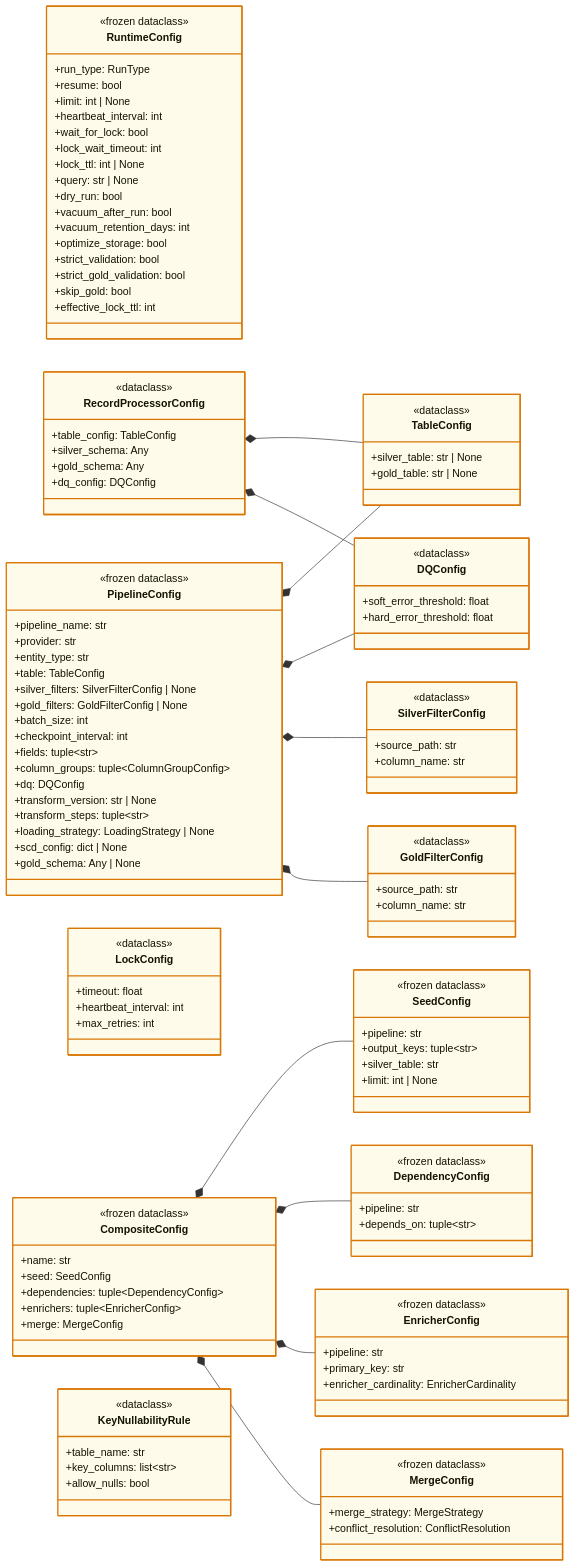
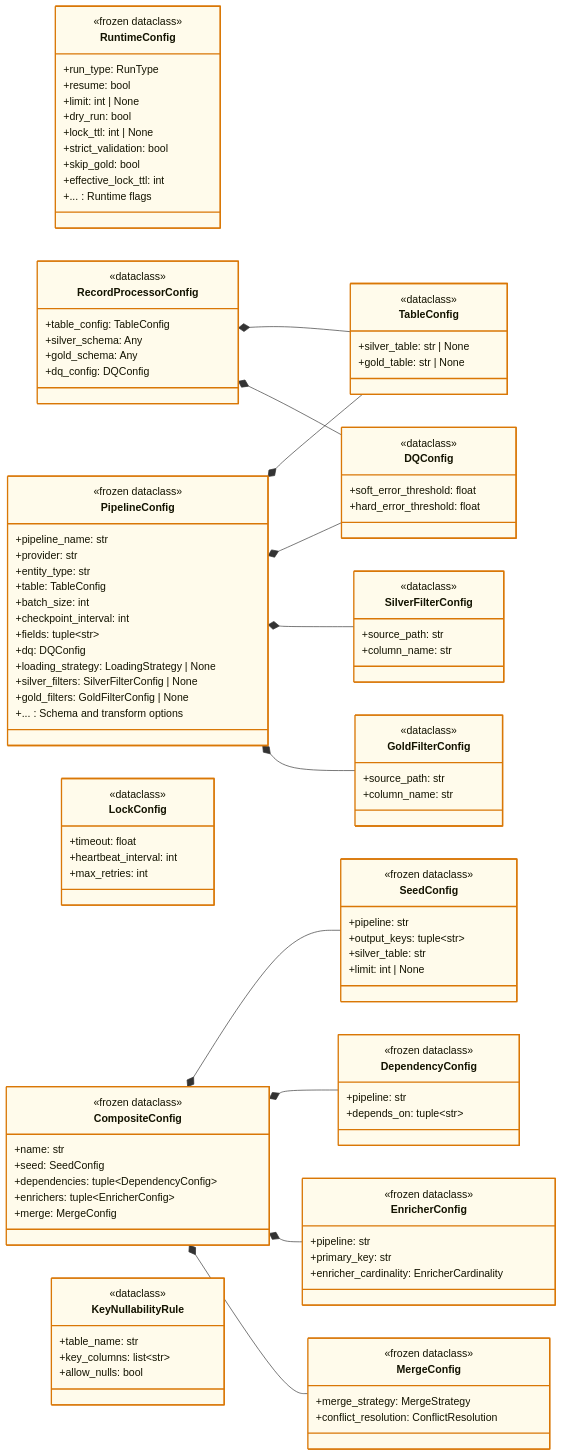
The diagram in docs/02-architecture/mmd-diagrams/class-diagrams/06-config-classes.mmd (SatoryKono/BioactivityDataAcquisition), drawn with Mermaid before and after one commit. The commit also changed 2 other files, not shown here.

```diff
--- a/docs/02-architecture/mmd-diagrams/class-diagrams/06-config-classes.mmd
+++ b/docs/02-architecture/mmd-diagrams/class-diagrams/06-config-classes.mmd
@@ -1,186 +1,175 @@
 %% BioETL — Class Diagram: Configuration Classes
 %% Domain and application configuration hierarchy.
 
 %% @version 1.1.0
 %% @date    2026-02-26
 %% @type    classDiagram
 %% @level   Class / Interface
 %% @uniform-group core      nodes=RuntimeConfig,PipelineConfig
 %% @uniform-group composite nodes=CompositeConfig,SeedConfig,DependencyConfig,EnricherConfig,MergeConfig
 %% @uniform-group support   nodes=RecordProcessorConfig,TableConfig,DQConfig,SilverFilterConfig,GoldFilterConfig,LockConfig,KeyNullabilityRule
 
 %% @uniform-width group
 %% @uniform class width=296 groups=3 width_strategy=group
 %% @uniform-stats core         width=296 height=344 max_desc_lines=17
 %% @uniform-stats composite    width=296 height=144 max_desc_lines=6
 %% @uniform-stats support      width=216 height=128 max_desc_lines=5
 classDiagram
     direction LR
     class RuntimeConfig {
         <<frozen dataclass>>
         +run_type: RunType
         +resume: bool
         +limit: int | None
-        +heartbeat_interval: int
-        +wait_for_lock: bool
-        +lock_wait_timeout: int
+        +dry_run: bool
         +lock_ttl: int | None
-        +query: str | None
-        +dry_run: bool
-        +vacuum_after_run: bool
-        +vacuum_retention_days: int
-        +optimize_storage: bool
         +strict_validation: bool
-        +strict_gold_validation: bool
         +skip_gold: bool
         +effective_lock_ttl: int
+        +... : Runtime flags
     }
 
     class PipelineConfig {
         <<frozen dataclass>>
         +pipeline_name: str
         +provider: str
         +entity_type: str
         +table: TableConfig
-        +silver_filters: SilverFilterConfig | None
-        +gold_filters: GoldFilterConfig | None
         +batch_size: int
         +checkpoint_interval: int
         +fields: tuple~str~
-        +column_groups: tuple~ColumnGroupConfig~
         +dq: DQConfig
-        +transform_version: str | None
-        +transform_steps: tuple~str~
         +loading_strategy: LoadingStrategy | None
-        +scd_config: dict | None
-        +gold_schema: Any | None
+        +silver_filters: SilverFilterConfig | None
+        +gold_filters: GoldFilterConfig | None
+        +... : Schema and transform options
     }
 
     class TableConfig {
         <<dataclass>>
         +silver_table: str | None
         +gold_table: str | None
         
         
     }
 
     class DQConfig {
         <<dataclass>>
         +soft_error_threshold: float
         +hard_error_threshold: float
         
         
     }
 
     class SilverFilterConfig {
         <<dataclass>>
         +source_path: str
         +column_name: str
         
         
     }
 
     class GoldFilterConfig {
         <<dataclass>>
         +source_path: str
         +column_name: str
         
         
     }
 
     class RecordProcessorConfig {
         <<dataclass>>
         +table_config: TableConfig
         +silver_schema: Any
         +gold_schema: Any
         +dq_config: DQConfig
     }
 
     class LockConfig {
         <<dataclass>>
         +timeout: float
         +heartbeat_interval: int
         +max_retries: int
         
     }
 
     class CompositeConfig {
         <<frozen dataclass>>
         +name: str
         +seed: SeedConfig
         +dependencies: tuple~DependencyConfig~
         +enrichers: tuple~EnricherConfig~
         +merge: MergeConfig
     }
 
     class SeedConfig {
         <<frozen dataclass>>
         +pipeline: str
         +output_keys: tuple~str~
         +silver_table: str
         +limit: int | None
         
     }
 
     class DependencyConfig {
         <<frozen dataclass>>
         +pipeline: str
         +depends_on: tuple~str~
         
         
         
     }
 
     class EnricherConfig {
         <<frozen dataclass>>
         +pipeline: str
         +primary_key: str
         +enricher_cardinality: EnricherCardinality
         
         
     }
 
     class MergeConfig {
         <<frozen dataclass>>
         +merge_strategy: MergeStrategy
         +conflict_resolution: ConflictResolution
         
         
         
     }
 
     class KeyNullabilityRule {
         <<dataclass>>
         +table_name: str
         +key_columns: list~str~
         +allow_nulls: bool
         
     }
 
     PipelineConfig *-- TableConfig
     PipelineConfig *-- DQConfig
     PipelineConfig *-- SilverFilterConfig
     PipelineConfig *-- GoldFilterConfig
 
     RecordProcessorConfig *-- TableConfig
     RecordProcessorConfig *-- DQConfig
 
     CompositeConfig *-- SeedConfig
     CompositeConfig *-- DependencyConfig
     CompositeConfig *-- EnricherConfig
     CompositeConfig *-- MergeConfig
 
     style RuntimeConfig fill:#fffbeb,stroke:#d97706,stroke-width:2px
     style PipelineConfig fill:#fffbeb,stroke:#d97706,stroke-width:2px
     style TableConfig fill:#fffbeb,stroke:#d97706,stroke-width:2px
     style DQConfig fill:#fffbeb,stroke:#d97706,stroke-width:2px
     style SilverFilterConfig fill:#fffbeb,stroke:#d97706,stroke-width:2px
     style GoldFilterConfig fill:#fffbeb,stroke:#d97706,stroke-width:2px
     style RecordProcessorConfig fill:#fffbeb,stroke:#d97706,stroke-width:2px
     style LockConfig fill:#fffbeb,stroke:#d97706,stroke-width:2px
     style CompositeConfig fill:#fffbeb,stroke:#d97706,stroke-width:2px
     style SeedConfig fill:#fffbeb,stroke:#d97706,stroke-width:2px
     style DependencyConfig fill:#fffbeb,stroke:#d97706,stroke-width:2px
     style EnricherConfig fill:#fffbeb,stroke:#d97706,stroke-width:2px
     style MergeConfig fill:#fffbeb,stroke:#d97706,stroke-width:2px
     style KeyNullabilityRule fill:#fffbeb,stroke:#d97706,stroke-width:2px
```
